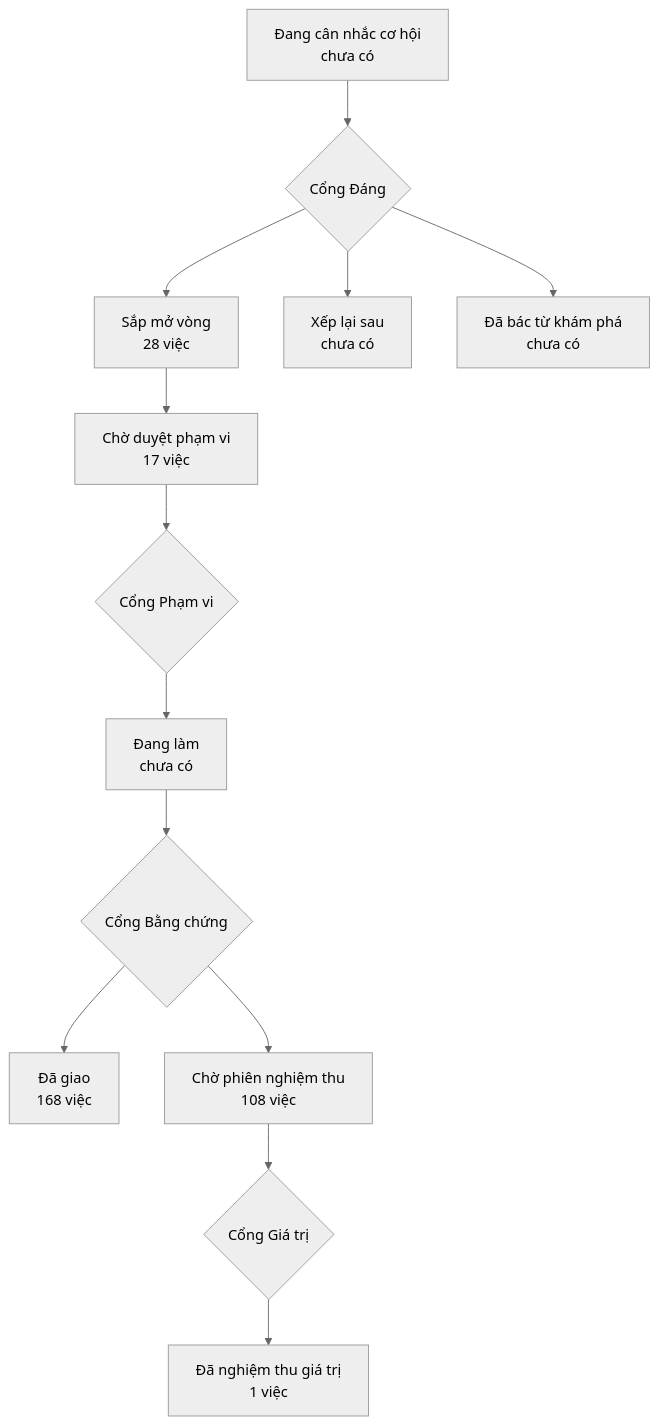
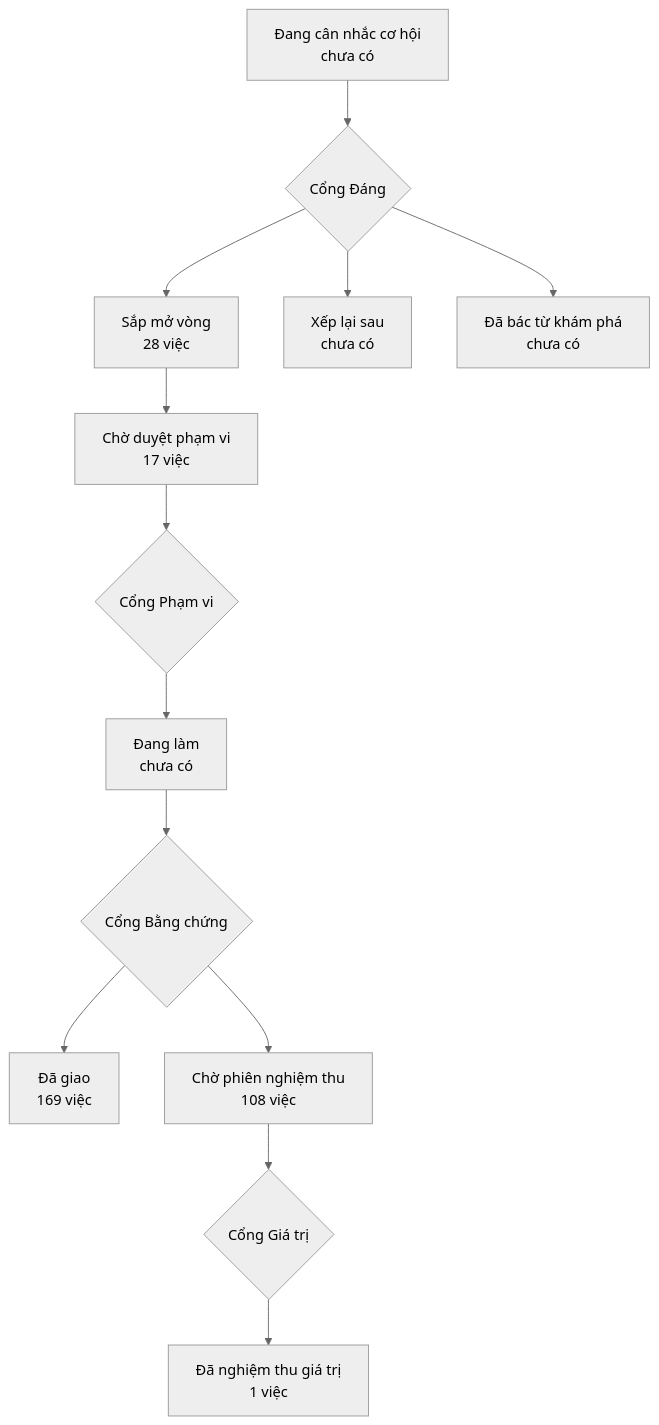
One commit to phanlemanh/onehub-invest changed the diagram in PRODUCT-MAP.md. Above: the diagram before and after it, drawn with Mermaid (neutral theme). The commit also changed other lines of this file and 1 other file, not shown here.

Commit message:
chore(acceptance): vẽ lại bản đồ sản phẩm sau khi gộp main

````diff
--- a/PRODUCT-MAP.md
+++ b/PRODUCT-MAP.md
@@ -7,12 +7,12 @@
 ```mermaid
 flowchart TD
   A["Đang cân nhắc cơ hội<br/>chưa có"] --> GD{"Cổng Đáng"}
   GD --> B["Sắp mở vòng<br/>28 việc"]
   GD --> XL["Xếp lại sau<br/>chưa có"]
   GD --> DB["Đã bác từ khám phá<br/>chưa có"]
   B --> CD["Chờ duyệt phạm vi<br/>17 việc"] --> GP{"Cổng Phạm vi"}
   GP --> DL["Đang làm<br/>chưa có"] --> GB{"Cổng Bằng chứng"}
-  GB --> DG["Đã giao<br/>168 việc"]
+  GB --> DG["Đã giao<br/>169 việc"]
   GB --> CN["Chờ phiên nghiệm thu<br/>108 việc"] --> GG{"Cổng Giá trị"}
   GG --> NT["Đã nghiệm thu giá trị<br/>1 việc"]
 ```
````
